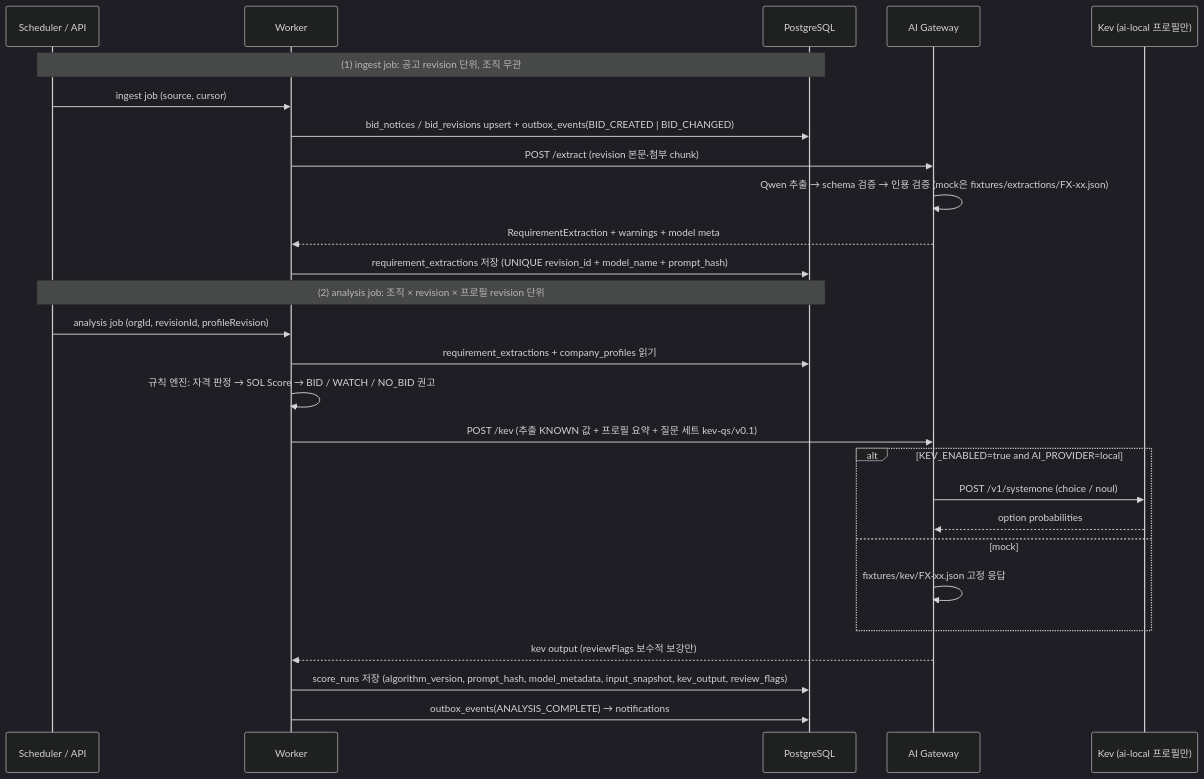
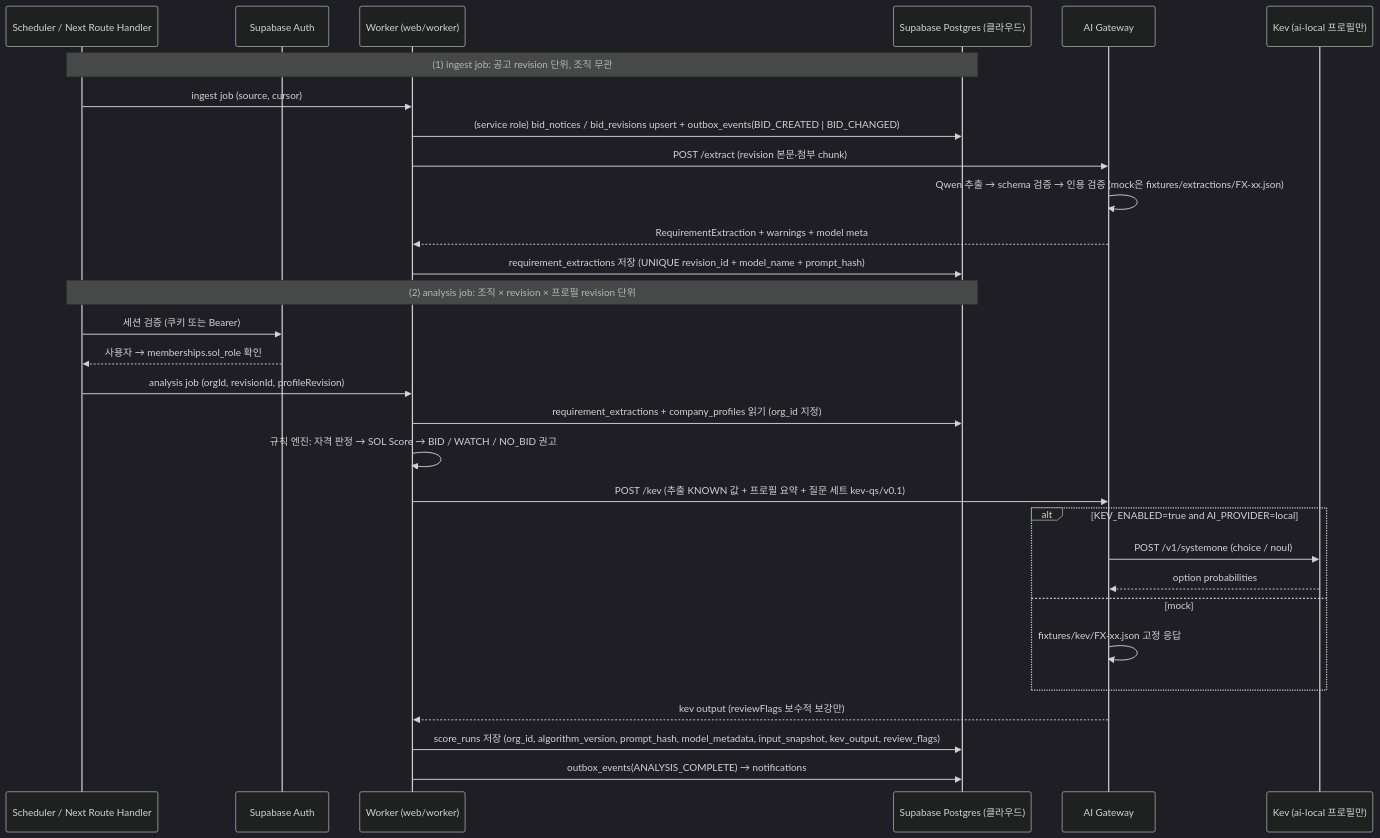
Before and after one commit to solideoai/sol-radar: the second of 3 diagrams in docs/02-ARCHITECTURE.md, drawn with Mermaid (dark theme). The commit also changed other lines of this file and 26 other files, not shown here.

````diff
--- a/docs/02-ARCHITECTURE.md
+++ b/docs/02-ARCHITECTURE.md
@@ -73,29 +78,32 @@
 ```mermaid
 sequenceDiagram
- participant S as Scheduler / API
- participant W as Worker
- participant P as PostgreSQL
+ participant S as Scheduler / Next Route Handler
+ participant SA as Supabase Auth
+ participant W as Worker (web/worker)
+ participant P as Supabase Postgres (클라우드)
  participant A as AI Gateway
  participant K as Kev (ai-local 프로필만)
  Note over S,P: (1) ingest job: 공고 revision 단위, 조직 무관
  S->>W: ingest job (source, cursor)
- W->>P: bid_notices / bid_revisions upsert + outbox_events(BID_CREATED | BID_CHANGED)
+ W->>P: (service role) bid_notices / bid_revisions upsert + outbox_events(BID_CREATED | BID_CHANGED)
  W->>A: POST /extract (revision 본문·첨부 chunk)
  A->>A: Qwen 추출 → schema 검증 → 인용 검증 (mock은 fixtures/extractions/FX-xx.json)
  A-->>W: RequirementExtraction + warnings + model meta
  W->>P: requirement_extractions 저장 (UNIQUE revision_id + model_name + prompt_hash)
  Note over S,P: (2) analysis job: 조직 × revision × 프로필 revision 단위
+ S->>SA: 세션 검증 (쿠키 또는 Bearer)
+ SA-->>S: 사용자 → memberships.sol_role 확인
  S->>W: analysis job (orgId, revisionId, profileRevision)
- W->>P: requirement_extractions + company_profiles 읽기
+ W->>P: requirement_extractions + company_profiles 읽기 (org_id 지정)
  W->>W: 규칙 엔진: 자격 판정 → SOL Score → BID / WATCH / NO_BID 권고
  W->>A: POST /kev (추출 KNOWN 값 + 프로필 요약 + 질문 세트 kev-qs/v0.1)
  alt KEV_ENABLED=true and AI_PROVIDER=local
   A->>K: POST /v1/systemone (choice / noul)
   K-->>A: option probabilities
  else mock
   A->>A: fixtures/kev/FX-xx.json 고정 응답
  end
  A-->>W: kev output (reviewFlags 보수적 보강만)
- W->>P: score_runs 저장 (algorithm_version, prompt_hash, model_metadata, input_snapshot, kev_output, review_flags)
+ W->>P: score_runs 저장 (org_id, algorithm_version, prompt_hash, model_metadata, input_snapshot, kev_output, review_flags)
  W->>P: outbox_events(ANALYSIS_COMPLETE) → notifications
 ```
````
